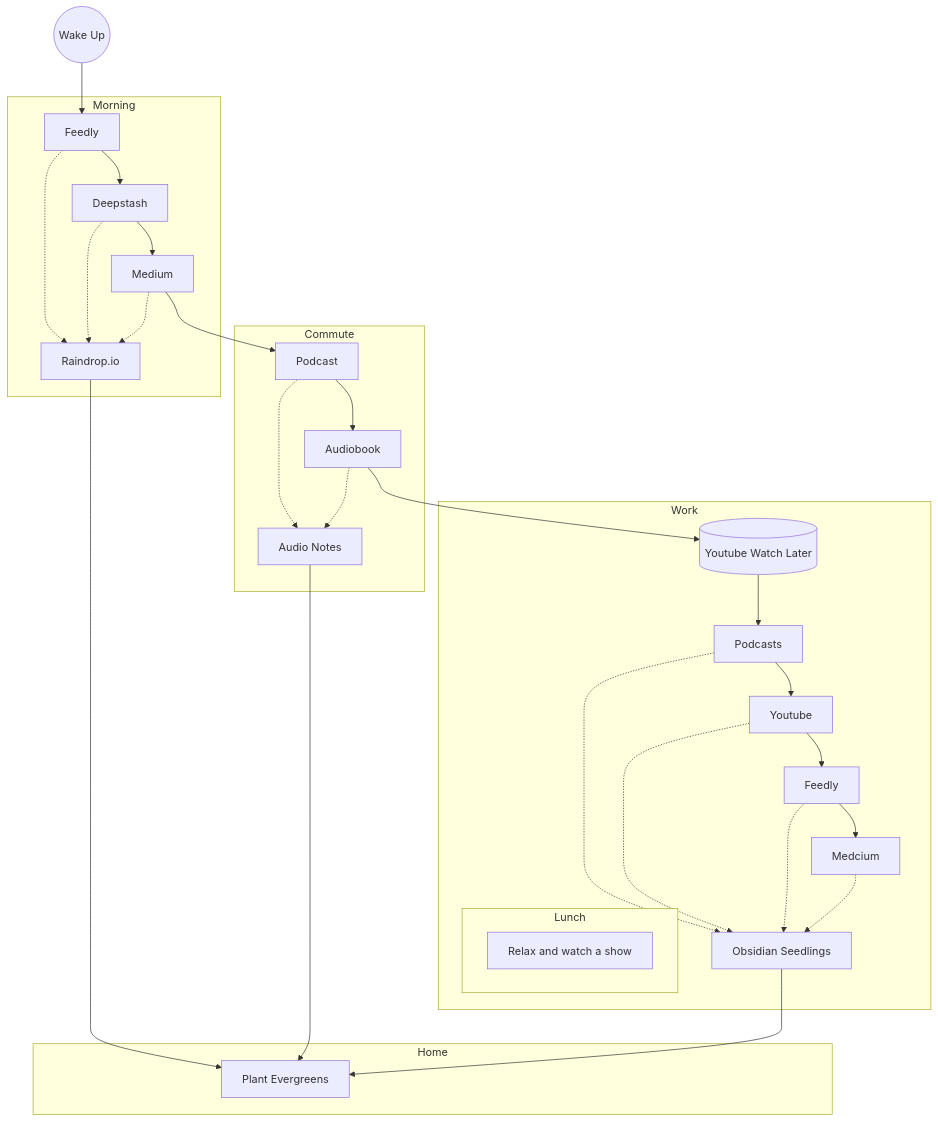
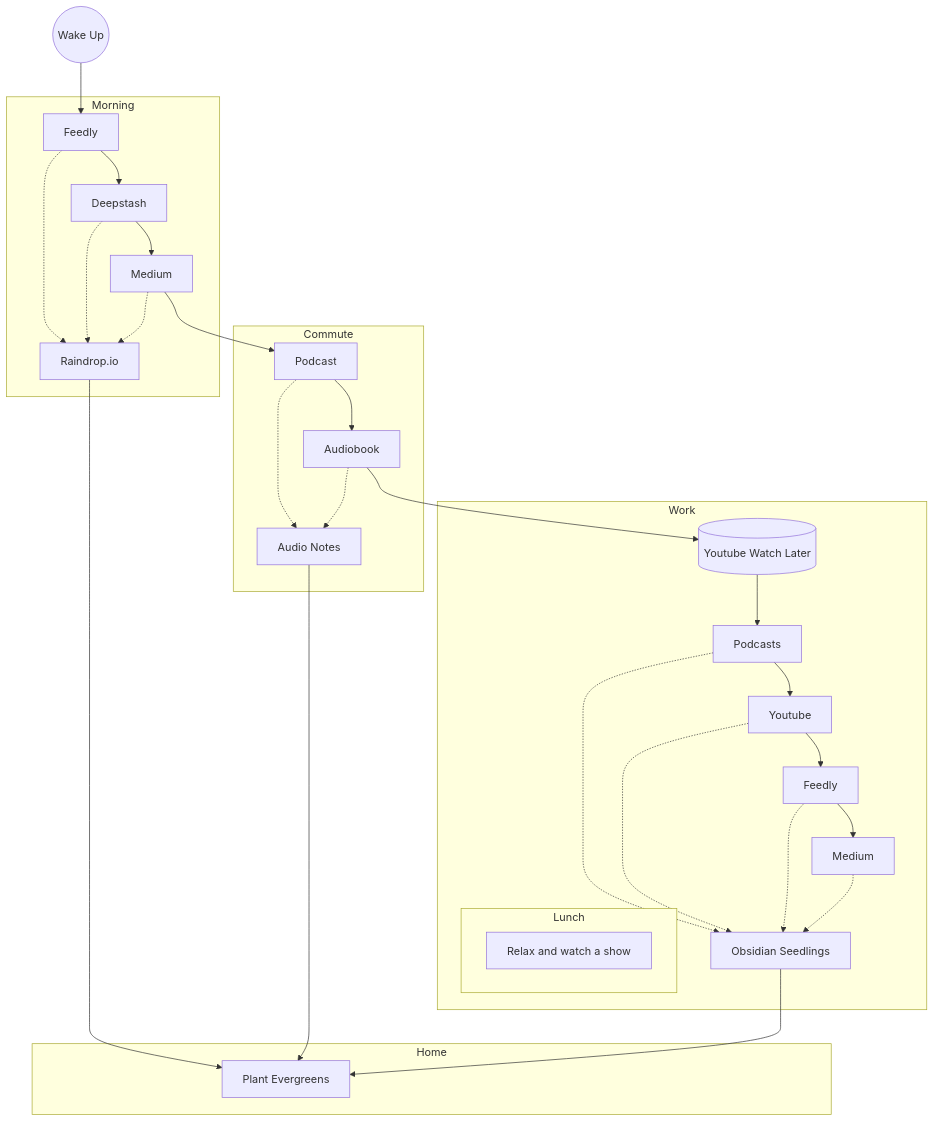
Before and after one commit to JeremyMCastillo/Notes: the diagram in Workflows/Content Update Workflow.md, drawn with Mermaid. The commit also changed 2 other files, not shown here.

Commit message:
vault backup: 2021-03-11 09:41:31

````diff
--- a/Workflows/Content Update Workflow.md
+++ b/Workflows/Content Update Workflow.md
@@ -1,39 +1,39 @@
 ```mermaid
 graph TD;
 	A((Wake Up))-->M1[Feedly]
 	subgraph "Morning"
 		M1-.->MM
 		M1-->M2[Deepstash]-.->MM
 		M2-->M3[Medium]-.->MM
 		MM[Raindrop.io]
 		class M1 internal-link;
 		class M2 internal-link;
 		class M3 internal-link;
 	end
 	
 	subgraph "Commute"
 		M3-->C1
 		C1-.->CC
 		C1[Podcast]-->C2[Audiobook]-.->CC
 		CC[Audio Notes]
 	end
 	
 	subgraph "Work"
 		C2-->W1[(Youtube Watch Later)]
 		W1-->W2[Podcasts]-.->WW[Obsidian Seedlings]
 		W2-->W3[Youtube]-.->WW
 		W3-->W4[Feedly]-.->WW
-		W4-->W5[Medcium]-.->WW
+		W4-->W5[Medium]-.->WW
 		subgraph "Lunch"
 			WL[Relax and watch a show]
 		end
 	end
 	
 	subgraph "Home"
 		HH[Plant Evergreens]
 		MM-->HH
 		CC-->HH
 		WW-->HH
 		class HH internal-link;
 	end
 ```
````
